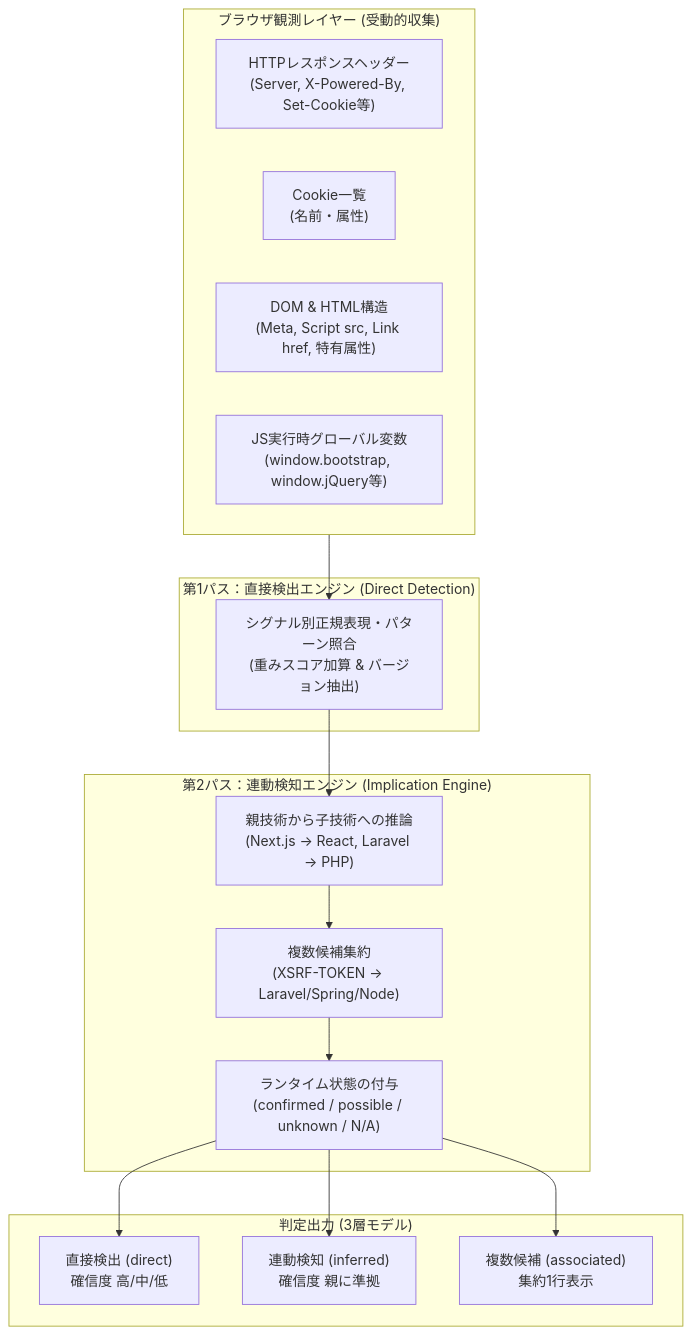
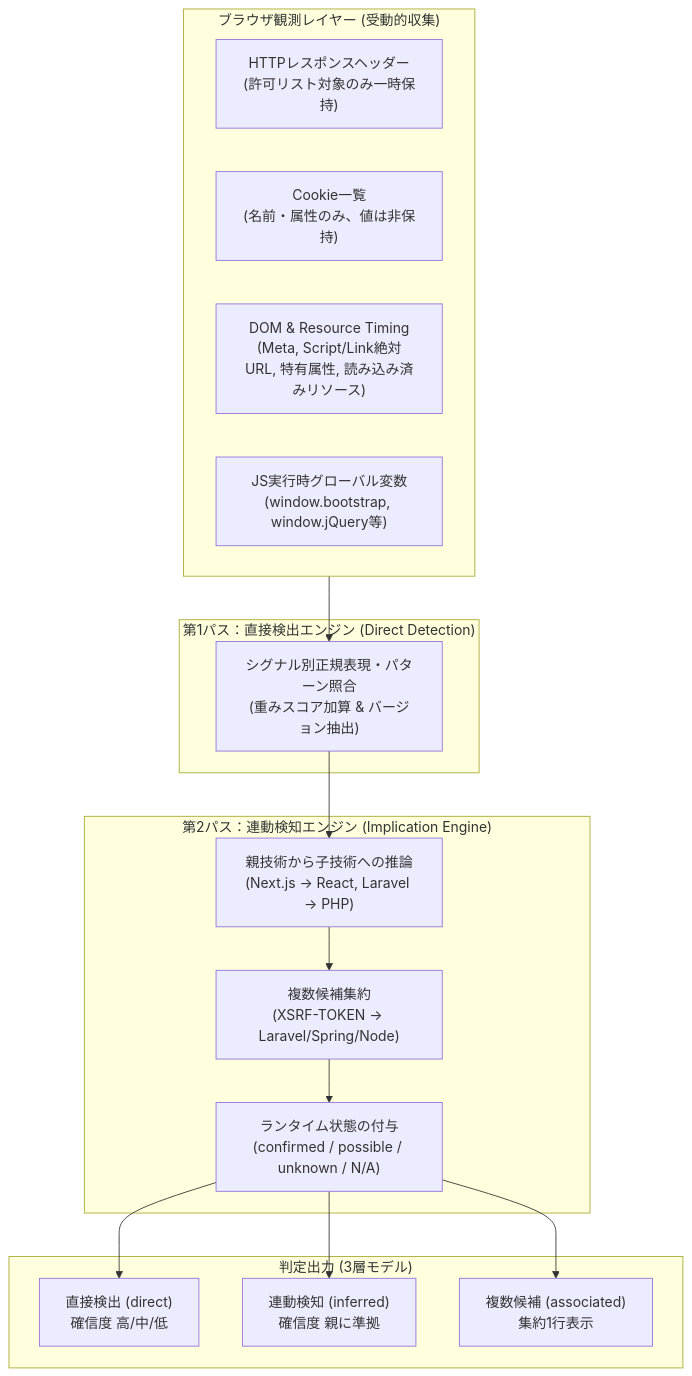
One commit to moritama/web-inspector changed the first of 3 diagrams in docs/DETECTION_SPECIFICATION.md. Above: the diagram before and after it, drawn with Mermaid. The commit also changed other lines of this file and 16 other files, not shown here.

````diff
--- a/docs/DETECTION_SPECIFICATION.md
+++ b/docs/DETECTION_SPECIFICATION.md
@@ -19,33 +19,33 @@
 ```mermaid
 flowchart TD
     subgraph Browser["ブラウザ観測レイヤー (受動的収集)"]
-        H["HTTPレスポンスヘッダー<br/>(Server, X-Powered-By, Set-Cookie等)"]
-        C["Cookie一覧<br/>(名前・属性)"]
-        D["DOM & HTML構造<br/>(Meta, Script src, Link href, 特有属性)"]
+        H["HTTPレスポンスヘッダー<br/>(許可リスト対象のみ一時保持)"]
+        C["Cookie一覧<br/>(名前・属性のみ、値は非保持)"]
+        D["DOM & Resource Timing<br/>(Meta, Script/Link絶対URL, 特有属性, 読み込み済みリソース)"]
         R["JS実行時グローバル変数<br/>(window.bootstrap, window.jQuery等)"]
     end
 
     subgraph Pass1["第1パス：直接検出エンジン (Direct Detection)"]
         DirectMatch["シグナル別正規表現・パターン照合<br/>(重みスコア加算 & バージョン抽出)"]
     end
 
     subgraph Pass2["第2パス：連動検知エンジン (Implication Engine)"]
         ParentChild["親技術から子技術への推論<br/>(Next.js → React, Laravel → PHP)"]
         CandidateGroup["複数候補集約<br/>(XSRF-TOKEN → Laravel/Spring/Node)"]
         StatusAssign["ランタイム状態の付与<br/>(confirmed / possible / unknown / N/A)"]
     end
 
     subgraph Result["判定出力 (3層モデル)"]
         O_Direct["直接検出 (direct)<br/>確信度 高/中/低"]
         O_Inferred["連動検知 (inferred)<br/>確信度 親に準拠"]
         O_Assoc["複数候補 (associated)<br/>集約1行表示"]
     end
 
     Browser --> DirectMatch
     DirectMatch --> ParentChild
     ParentChild --> CandidateGroup
     CandidateGroup --> StatusAssign
     StatusAssign --> O_Direct
     StatusAssign --> O_Inferred
     StatusAssign --> O_Assoc
 ```
````
